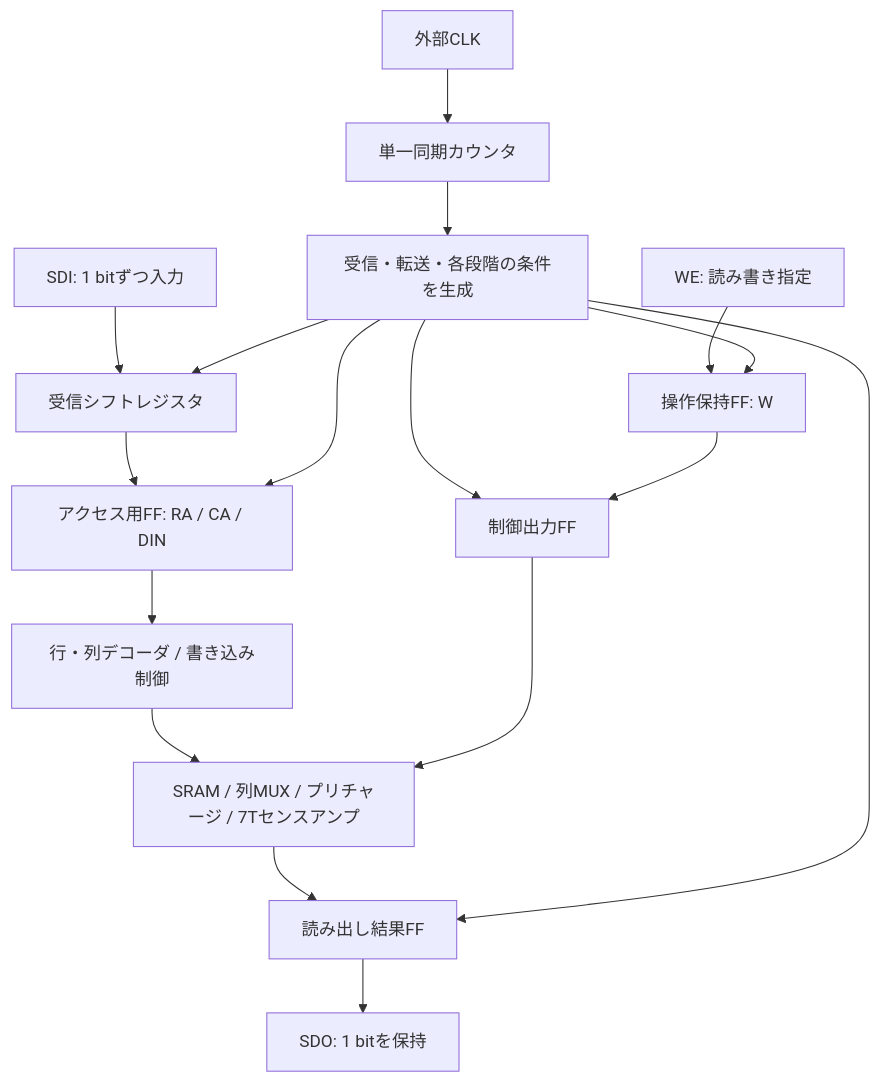
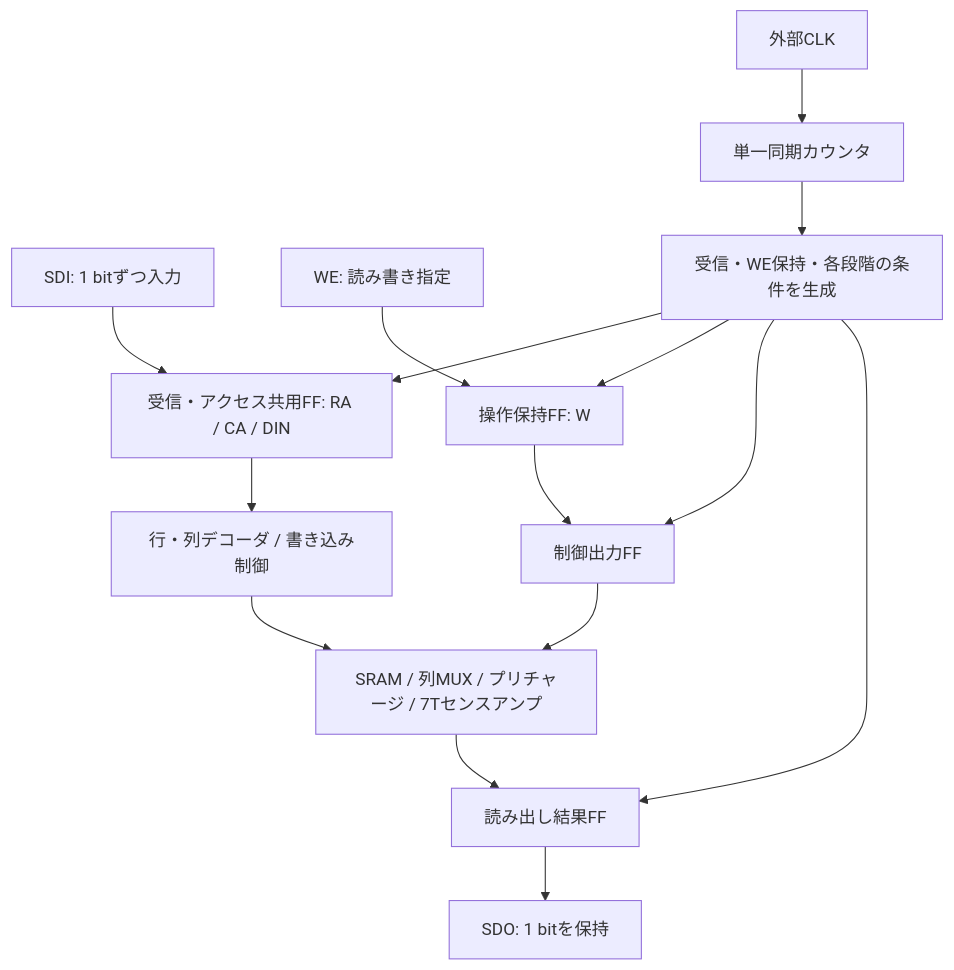
Before and after one commit to PenguinEino/opensusi-tr10-sram512: the diagram in SEQUENCER_DESIGN.md, drawn with Mermaid. The commit also changed other lines of this file and 17 other files, not shown here.

````diff
--- a/SEQUENCER_DESIGN.md
+++ b/SEQUENCER_DESIGN.md
@@ -17,19 +17,17 @@
 ```mermaid
 flowchart TD
-  SDI[SDI: 1 bitずつ入力] --> SR[受信シフトレジスタ]
-  SR --> A[アクセス用FF: RA / CA / DIN]
+  SDI[SDI: 1 bitずつ入力] --> SR[受信・アクセス共用FF: RA / CA / DIN]
   WE[WE: 読み書き指定] --> W[操作保持FF: W]
   CLK[外部CLK] --> C[単一同期カウンタ]
-  C --> L[受信・転送・各段階の条件を生成]
+  C --> L[受信・WE保持・各段階の条件を生成]
   L --> SR
-  L --> A
   L --> W
   L --> O[制御出力FF]
   W --> O
-  A --> D[行・列デコーダ / 書き込み制御]
+  SR --> D[行・列デコーダ / 書き込み制御]
   D --> M[SRAM / 列MUX / プリチャージ / 7Tセンスアンプ]
   O --> M
   M --> R[読み出し結果FF]
   L --> R
   R --> SDO[SDO: 1 bitを保持]
 ```
````
